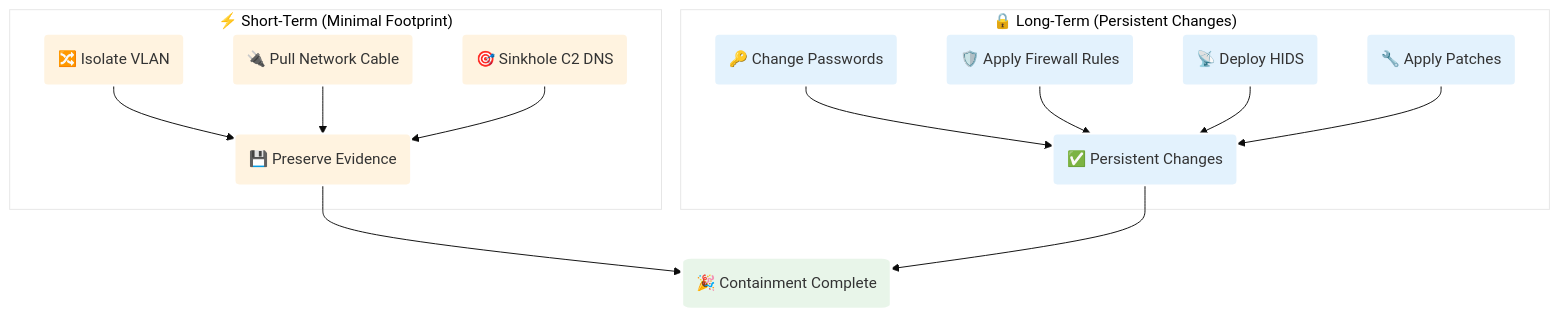
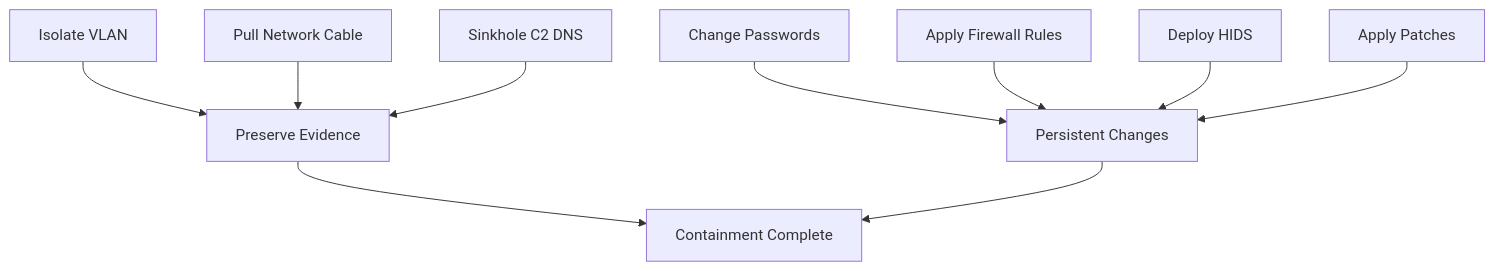
One commit to manojxshrestha/SOC-Analyst-Cheatsheet changed diagram 20 of 29 in 1-Incident-Handling-Process/README.md. Above: the diagram before and after it, drawn with Mermaid. The commit also changed other lines of this file, not shown here.

````diff
--- a/1-Incident-Handling-Process/README.md
+++ b/1-Incident-Handling-Process/README.md
@@ -753,26 +660,14 @@
 ```mermaid
-%%{init: {'theme': 'base', 'themeVariables': { 'primaryColor': '#fff'}}}%%
-graph TD
-    subgraph "⚡ Short-Term (Minimal Footprint)"
-        ST1(🔀 Isolate VLAN) --> SP(💾 Preserve Evidence)
-        ST2(🔌 Pull Network Cable) --> SP
-        ST3(🎯 Sinkhole C2 DNS) --> SP
-    end
+flowchart TD
+    ST1[Isolate VLAN] --> SP[Preserve Evidence]
+    ST2[Pull Network Cable] --> SP
+    ST3[Sinkhole C2 DNS] --> SP
     
-    subgraph "🔒 Long-Term (Persistent Changes)"
-        LT1(🔑 Change Passwords) --> LP(✅ Persistent Changes)
-        LT2(🛡️ Apply Firewall Rules) --> LP
-        LT3(📡 Deploy HIDS) --> LP
-        LT4(🔧 Apply Patches) --> LP
-    end
+    LT1[Change Passwords] --> LP[Persistent Changes]
+    LT2[Apply Firewall Rules] --> LP
+    LT3[Deploy HIDS] --> LP
+    LT4[Apply Patches] --> LP
     
-    SP --> Containment(🎉 Containment Complete)
+    SP --> Containment[Containment Complete]
     LP --> Containment
-    
-    classDef short fill:#fff3e0,stroke:#fff,stroke-width:2px,color:#333;
-    classDef long fill:#e3f2fd,stroke:#fff,stroke-width:2px,color:#333;
-    classDef complete fill:#e8f5e9,stroke:#fff,stroke-width:3px,rx:10,color:#333;
-    class ST1,ST2,ST3,SP short;
-    class LT1,LT2,LT3,LT4,LP long;
-    class Containment complete;
 ```
````
